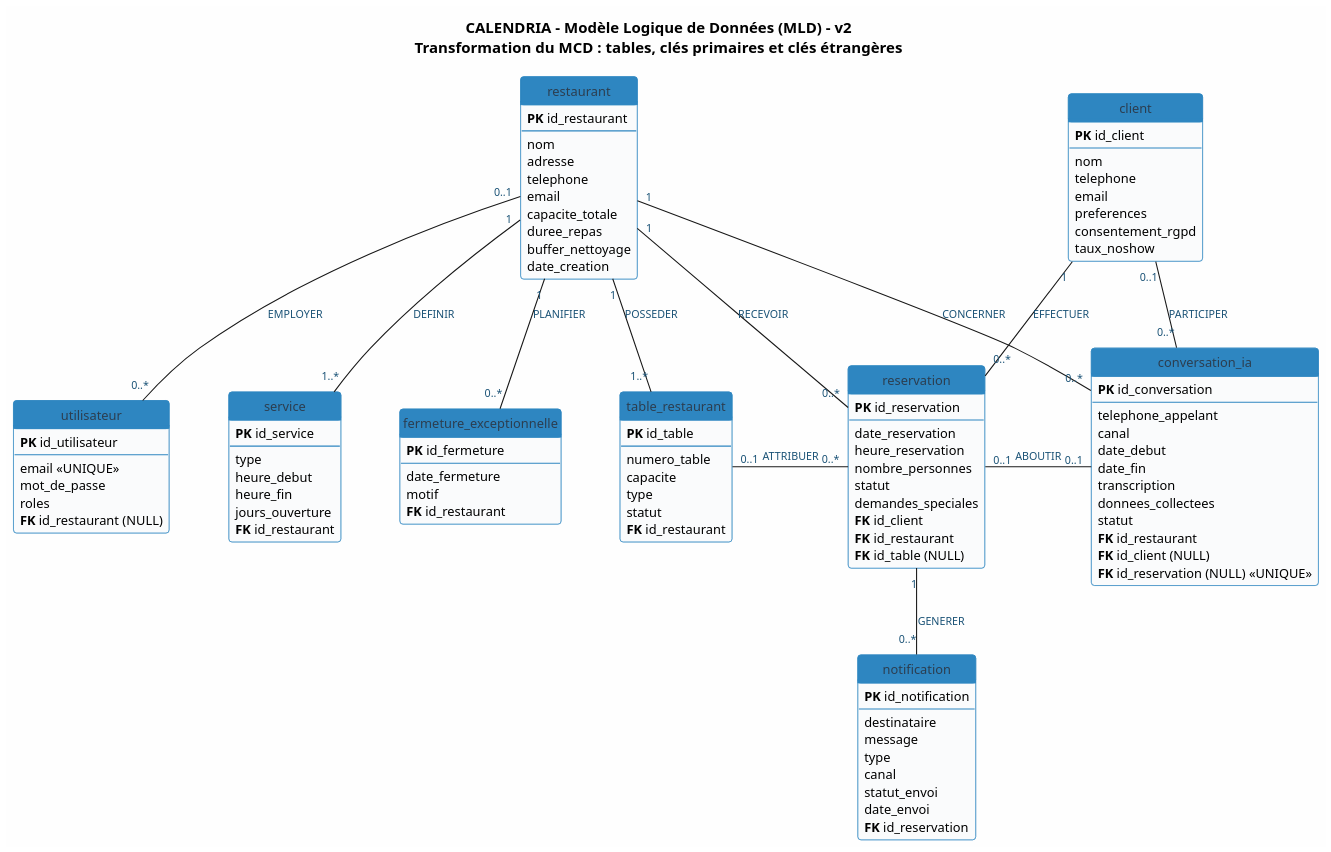
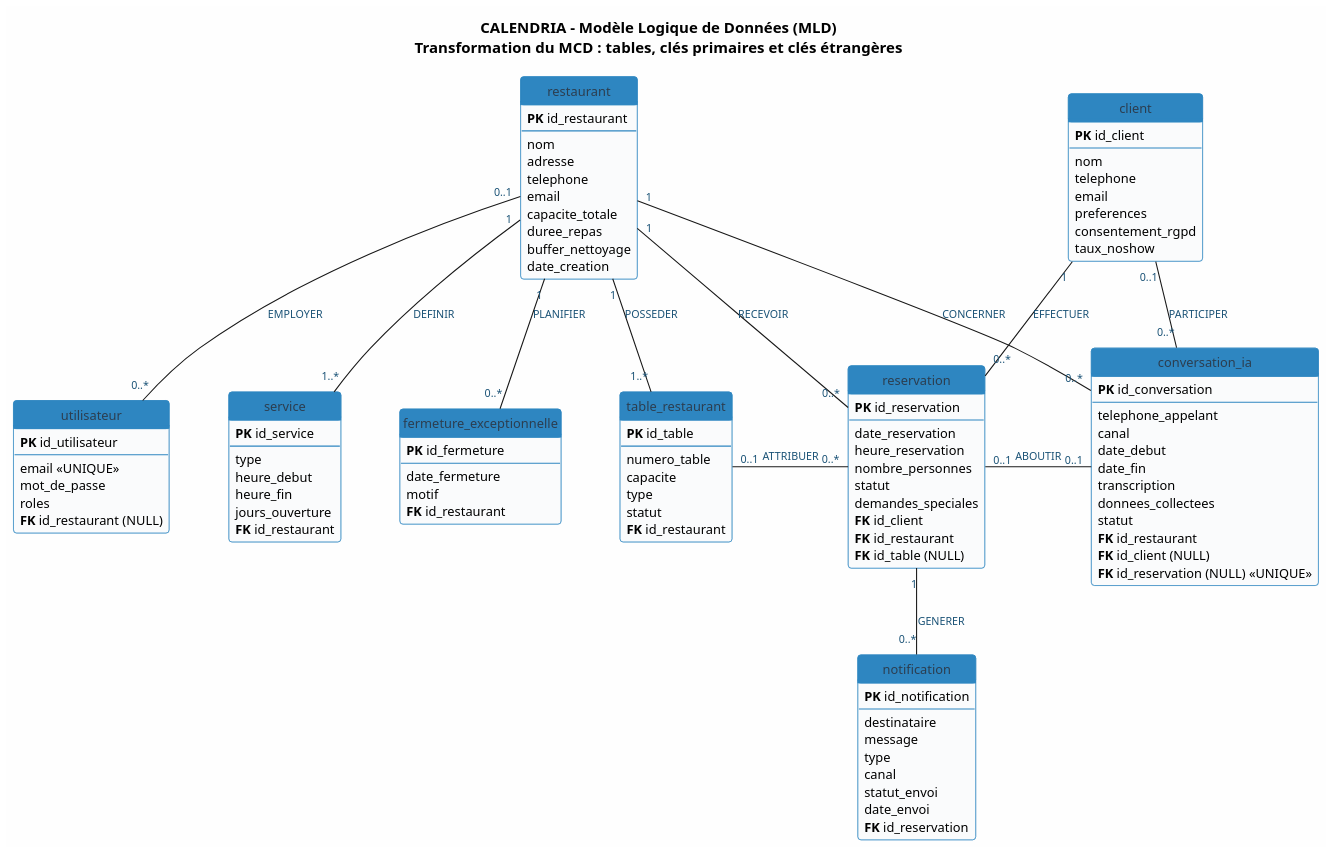
The diagram in documentation/Jalon3/MLD_v2.puml (SafiBougherara/projet_fin_annee), drawn with PlantUML before and after one commit. The commit also changed 7 other files, not shown here.

```diff
--- a/documentation/Jalon3/MLD_v2.puml
+++ b/documentation/Jalon3/MLD_v2.puml
@@ -1,154 +1,154 @@
 @startuml MLD_CALENDRIA_v2
 ' =====================================================================
 '  CALENDRIA - Modele Logique de Donnees (MLD) - version 2
 '
 '  Transformation stricte du MCD (Jalon 3), entite par entite.
 '  Corrections par rapport a la v1 remise dans le dossier :
 '   - NOTIFICATION (et non notification_sms / id_externe_twilio) : le MLD
 '     reprend exactement les proprietes du MCD
 '   - conversation_ia porte id_restaurant : traduction de CONCERNER (1,1)
 '   - id_reservation UNIQUE dans conversation_ia : ABOUTIR est un (0,1)-(0,1)
 '   - aucun type SQL a ce niveau : les types arrivent au MPD
 '
 '  Notation : PK = cle primaire, FK = cle etrangere,
 '  (NULL) = FK optionnelle issue d'une cardinalite minimale 0
 ' =====================================================================
-title **CALENDRIA – Modèle Logique de Données (MLD) – v2**\nTransformation du MCD : tables, clés primaires et clés étrangères
+title **CALENDRIA – Modèle Logique de Données (MLD)**\nTransformation du MCD : tables, clés primaires et clés étrangères
 
 skinparam backgroundColor #FEFEFE
 skinparam defaultFontName "JetBrains Mono"
 skinparam defaultFontSize 13
 skinparam roundCorner 6
 skinparam dpi 180
 skinparam nodesep 55
 skinparam ranksep 50
 skinparam ArrowFontSize 10
 skinparam ArrowFontColor #1A5276
 hide circle
 hide methods
 
 skinparam class {
     BackgroundColor #FAFBFC
     BorderColor #2E86C1
     HeaderBackgroundColor #2E86C1
     HeaderFontColor White
     FontColor #2C3E50
     AttributeFontSize 12
 }
 
 class "restaurant" as restaurant {
     <b>PK</b> id_restaurant
     --
     nom
     adresse
     telephone
     email
     capacite_totale
     duree_repas
     buffer_nettoyage
     date_creation
 }
 
 class "utilisateur" as utilisateur {
     <b>PK</b> id_utilisateur
     --
     email <<UNIQUE>>
     mot_de_passe
     roles
     <b>FK</b> id_restaurant (NULL)
 }
 
 class "table_restaurant" as table_rest {
     <b>PK</b> id_table
     --
     numero_table
     capacite
     type
     statut
     <b>FK</b> id_restaurant
 }
 
 class "service" as service {
     <b>PK</b> id_service
     --
     type
     heure_debut
     heure_fin
     jours_ouverture
     <b>FK</b> id_restaurant
 }
 
 class "fermeture_exceptionnelle" as fermeture {
     <b>PK</b> id_fermeture
     --
     date_fermeture
     motif
     <b>FK</b> id_restaurant
 }
 
 class "client" as client {
     <b>PK</b> id_client
     --
     nom
     telephone
     email
     preferences
     consentement_rgpd
     taux_noshow
 }
 
 class "reservation" as reservation {
     <b>PK</b> id_reservation
     --
     date_reservation
     heure_reservation
     nombre_personnes
     statut
     demandes_speciales
     <b>FK</b> id_client
     <b>FK</b> id_restaurant
     <b>FK</b> id_table (NULL)
 }
 
 class "conversation_ia" as conversation {
     <b>PK</b> id_conversation
     --
     telephone_appelant
     canal
     date_debut
     date_fin
     transcription
     donnees_collectees
     statut
     <b>FK</b> id_restaurant
     <b>FK</b> id_client (NULL)
     <b>FK</b> id_reservation (NULL) <<UNIQUE>>
 }
 
 class "notification" as notification {
     <b>PK</b> id_notification
     --
     destinataire
     message
     type
     canal
     statut_envoi
     date_envoi
     <b>FK</b> id_reservation
 }
 
 ' Une ligne = une cle etrangere ; le libelle rappelle l'association du MCD
 restaurant "1" -- "1..*" table_rest : POSSEDER
 restaurant "1" -- "1..*" service : DEFINIR
 restaurant "1" -- "0..*" fermeture : PLANIFIER
 restaurant "0..1" -- "0..*" utilisateur : EMPLOYER
 restaurant "1" -- "0..*" reservation : RECEVOIR
 client "1" -- "0..*" reservation : EFFECTUER
 table_rest "0..1" - "0..*" reservation : ATTRIBUER
 reservation "1" -- "0..*" notification : GENERER
 restaurant "1" -- "0..*" conversation : CONCERNER
 client "0..1" -- "0..*" conversation : PARTICIPER
 reservation "0..1" - "0..1" conversation : ABOUTIR
 
 ' Legende : reprise dans la slide de soutenance, a cote du diagramme.
 @enduml
```
